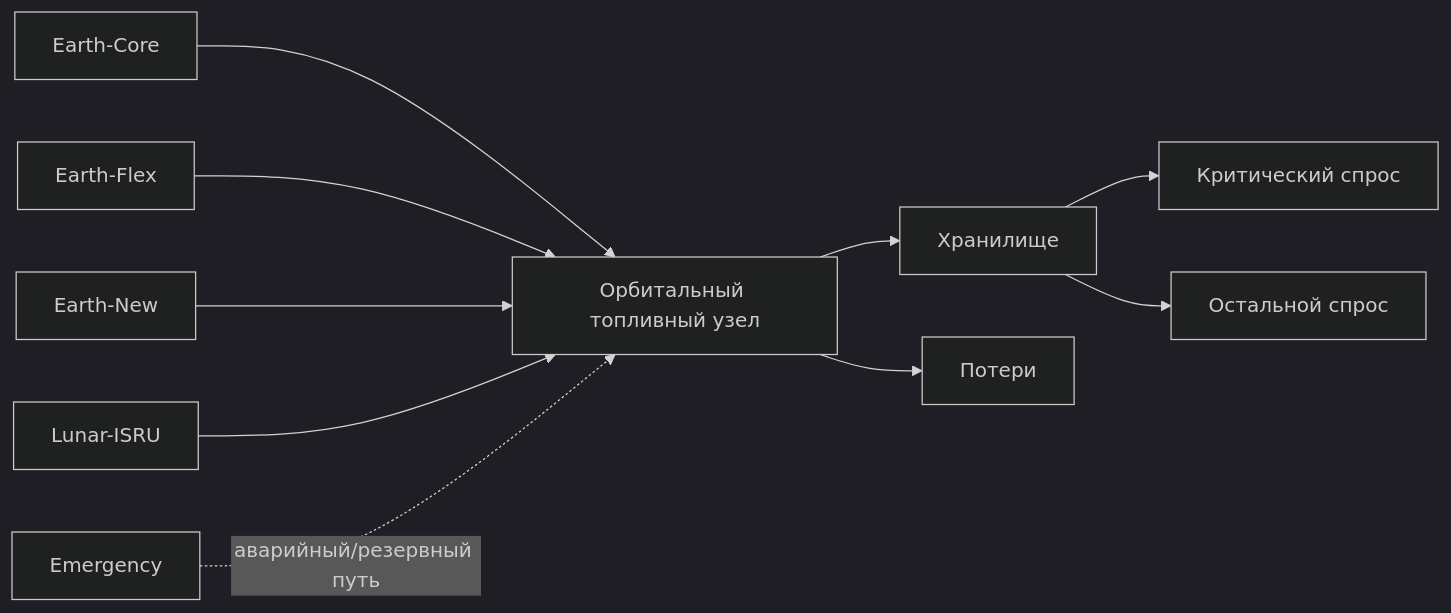
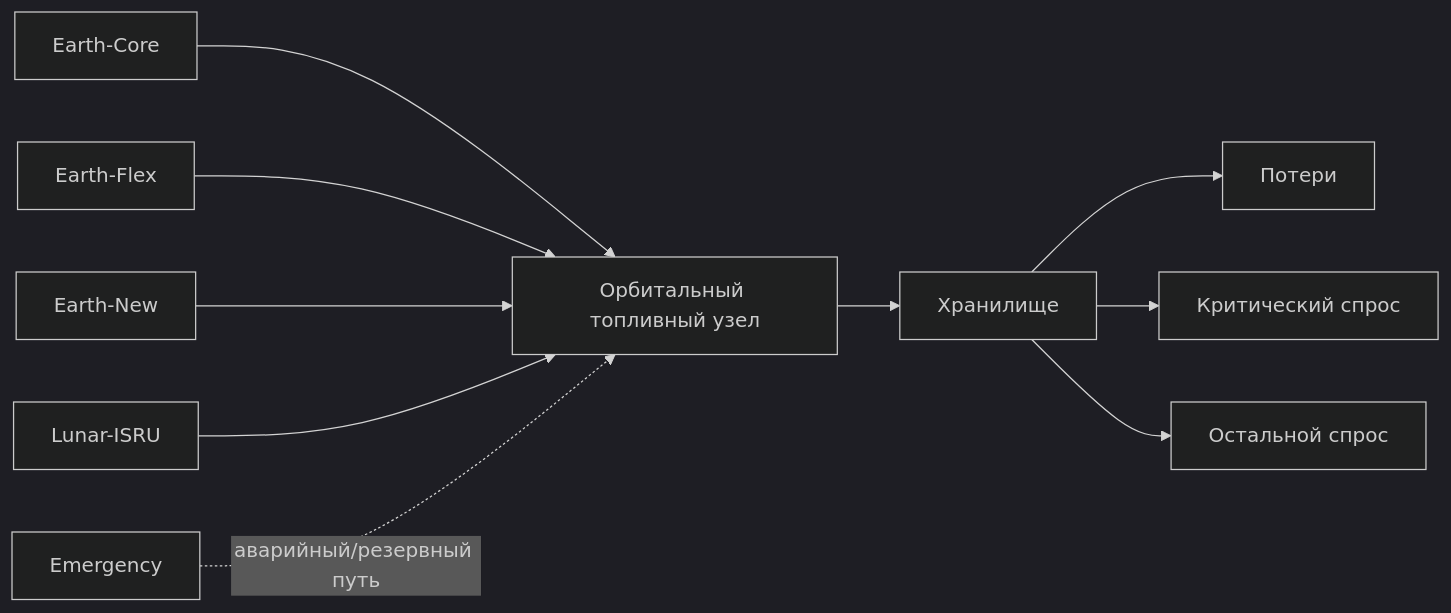
The second of 7 diagrams in README.md (SpaceEconomyPolicy/test_oil), drawn with Mermaid (dark theme) before and after one commit.

````diff
--- a/README.md
+++ b/README.md
@@ -154,12 +154,12 @@
 ```mermaid
 flowchart LR
     EC[Earth-Core] --> HUB[Орбитальный топливный узел]
     EF[Earth-Flex] --> HUB
     EN[Earth-New] --> HUB
     LI[Lunar-ISRU] --> HUB
     EM[Emergency] -. аварийный/резервный путь .-> HUB
     HUB --> ST[Хранилище]
-    HUB --> LOSS["Потери"]
+    ST --> LOSS["Потери"]
     ST --> CR[Критический спрос]
     ST --> OT[Остальной спрос]
 ```
````
